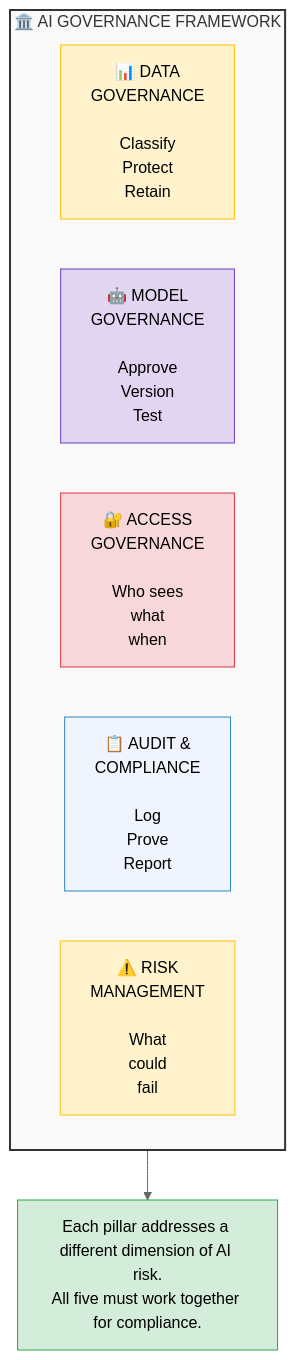
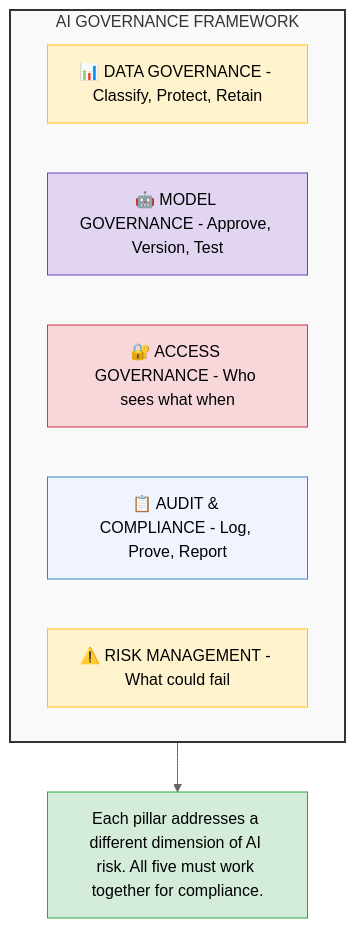
The first of 3 diagrams in docs/10-governance.md (ithinktavo/GenAI-Engineering-Handbook), drawn with Mermaid (neutral theme) before and after one commit. The commit also changed other lines of this file and 9 other files, not shown here.

First line of the commit message:
Fix Mermaid rendering: remove emoji from subgraph titles and unsupported syntax

````diff
--- a/docs/10-governance.md
+++ b/docs/10-governance.md
@@ -35,22 +35,22 @@
 ```mermaid
 graph TD
-    subgraph framework["🏛️ AI GOVERNANCE FRAMEWORK"]
+    subgraph framework["AI GOVERNANCE FRAMEWORK"]
         direction LR
-        P1["📊 DATA\nGOVERNANCE\n\nClassify\nProtect\nRetain"]
-        P2["🤖 MODEL\nGOVERNANCE\n\nApprove\nVersion\nTest"]
-        P3["🔐 ACCESS\nGOVERNANCE\n\nWho sees\nwhat\nwhen"]
-        P4["📋 AUDIT &\nCOMPLIANCE\n\nLog\nProve\nReport"]
-        P5["⚠️ RISK\nMANAGEMENT\n\nWhat\ncould\nfail"]
+        P1["📊 DATA GOVERNANCE - Classify, Protect, Retain"]
+        P2["🤖 MODEL GOVERNANCE - Approve, Version, Test"]
+        P3["🔐 ACCESS GOVERNANCE - Who sees what when"]
+        P4["📋 AUDIT & COMPLIANCE - Log, Prove, Report"]
+        P5["⚠️ RISK MANAGEMENT - What could fail"]
     end
 
-    note["Each pillar addresses a different dimension of AI risk.\nAll five must work together for compliance."]
+    note["Each pillar addresses a different dimension of AI risk. All five must work together for compliance."]
     framework --> note
 
-    style P1 fill:#fff3cd,stroke:#ffc107,color:#000
-    style P2 fill:#e2d5f1,stroke:#6f42c1,color:#000
-    style P3 fill:#f8d7da,stroke:#dc3545,color:#000
-    style P4 fill:#f0f4ff,stroke:#2E86C1,color:#000
-    style P5 fill:#fff3cd,stroke:#ffc107,color:#000
+    style P1 fill:#fff3cd,stroke:#ffc107
+    style P2 fill:#e2d5f1,stroke:#6f42c1
+    style P3 fill:#f8d7da,stroke:#dc3545
+    style P4 fill:#f0f4ff,stroke:#2E86C1
+    style P5 fill:#fff3cd,stroke:#ffc107
     style framework fill:#f9f9f9,stroke:#333,stroke-width:2px
-    style note fill:#d4edda,stroke:#28a745,color:#000
+    style note fill:#d4edda,stroke:#28a745
 ```
````
